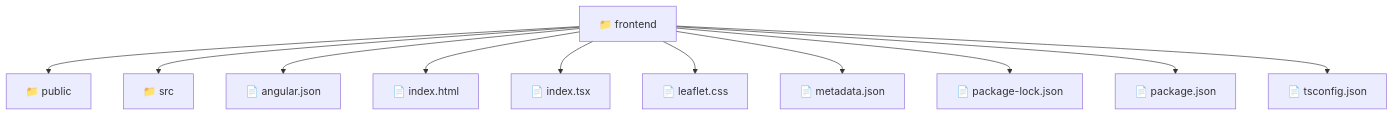
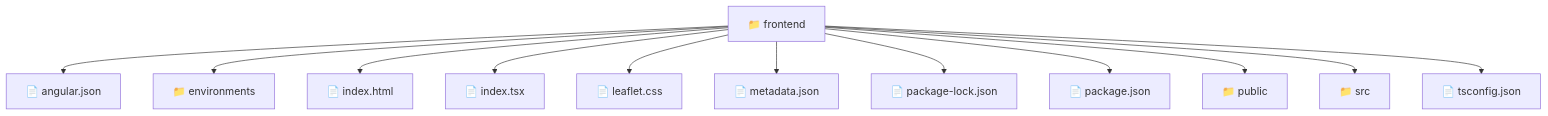
The diagram in frontend/README.md (beginwebdev2002/fullstack-mavluda), drawn with Mermaid before and after one commit. The commit also changed other lines of this file and 164 other files, not shown here.

First line of the commit message:
docs: generate comprehensive architectural READMEs recursively

````diff
--- a/frontend/README.md
+++ b/frontend/README.md
@@ -9,14 +9,15 @@
 ```mermaid
 graph TD
-  Root["📁 frontend"]
-  Root --> public["📁 public"]
-  Root --> src["📁 src"]
-  Root --> angular_json["📄 angular.json"]
-  Root --> index_html["📄 index.html"]
-  Root --> index_tsx["📄 index.tsx"]
-  Root --> leaflet_css["📄 leaflet.css"]
-  Root --> metadata_json["📄 metadata.json"]
-  Root --> package_lock_json["📄 package-lock.json"]
-  Root --> package_json["📄 package.json"]
-  Root --> tsconfig_json["📄 tsconfig.json"]
+  Root_frontend["📁 frontend"]
+  Root_frontend --> f_angular_json["📄 angular.json"]
+  Root_frontend --> d_environments["📁 environments"]
+  Root_frontend --> f_index_html["📄 index.html"]
+  Root_frontend --> f_index_tsx["📄 index.tsx"]
+  Root_frontend --> f_leaflet_css["📄 leaflet.css"]
+  Root_frontend --> f_metadata_json["📄 metadata.json"]
+  Root_frontend --> f_package_lock_json["📄 package-lock.json"]
+  Root_frontend --> f_package_json["📄 package.json"]
+  Root_frontend --> d_public["📁 public"]
+  Root_frontend --> d_src["📁 src"]
+  Root_frontend --> f_tsconfig_json["📄 tsconfig.json"]
 ```
````
